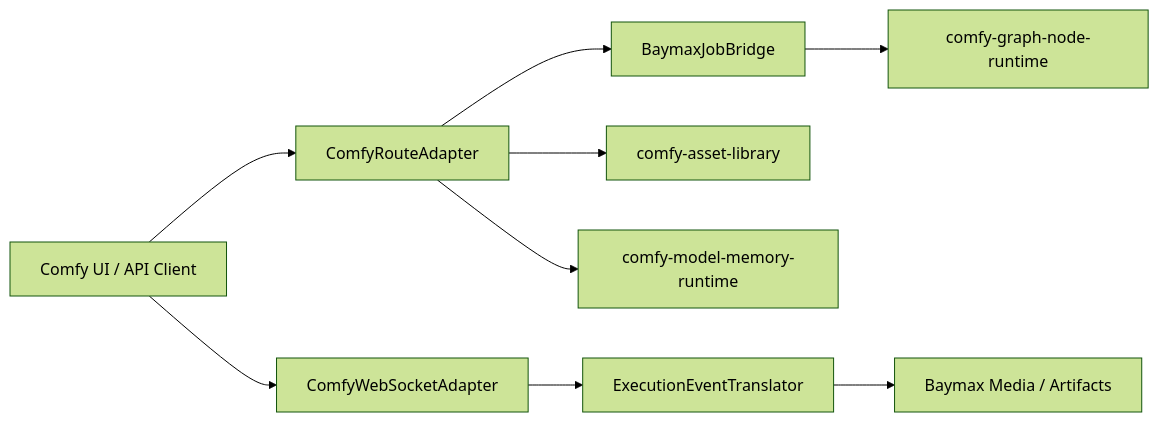
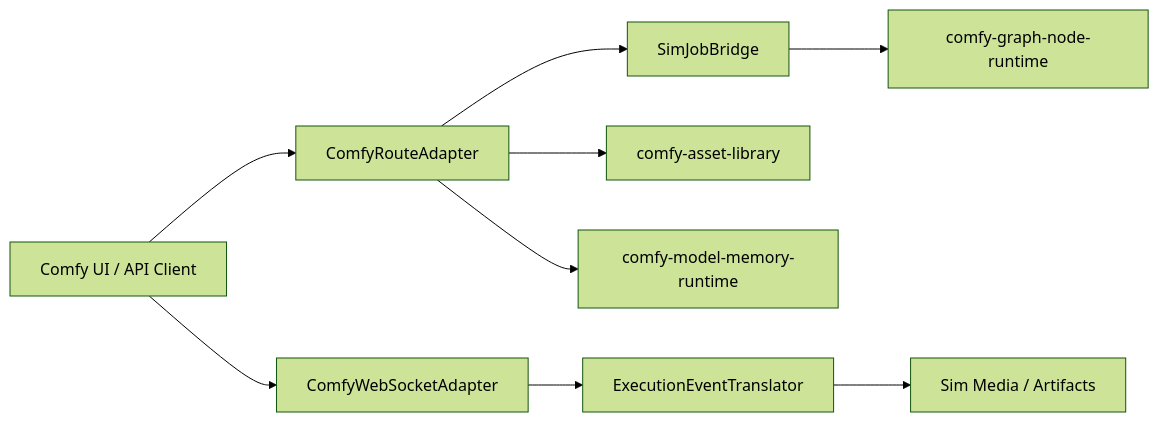
One commit to imagineerings/xor changed the diagram in .agents/specs/godot-migration/comfy-runtime-control-plane/design.md. Above: the diagram before and after it, drawn with Mermaid (forest theme). The commit also changed other lines of this file and 1952 other files, not shown here.

Commit message:
chore: rename from baymax to sim (#61)

````diff
--- a/.agents/specs/godot-migration/comfy-runtime-control-plane/design.md
+++ b/.agents/specs/godot-migration/comfy-runtime-control-plane/design.md
@@ -9,11 +9,11 @@
 ```mermaid
 flowchart LR
     Client[Comfy UI / API Client] --> Routes[ComfyRouteAdapter]
     Client --> Ws[ComfyWebSocketAdapter]
-    Routes --> Jobs[BaymaxJobBridge]
+    Routes --> Jobs[SimJobBridge]
     Ws --> Events[ExecutionEventTranslator]
     Jobs --> Graph[comfy-graph-node-runtime]
     Routes --> Assets[comfy-asset-library]
     Routes --> Models[comfy-model-memory-runtime]
-    Events --> Media[Baymax Media / Artifacts]
+    Events --> Media[Sim Media / Artifacts]
 ```
````
